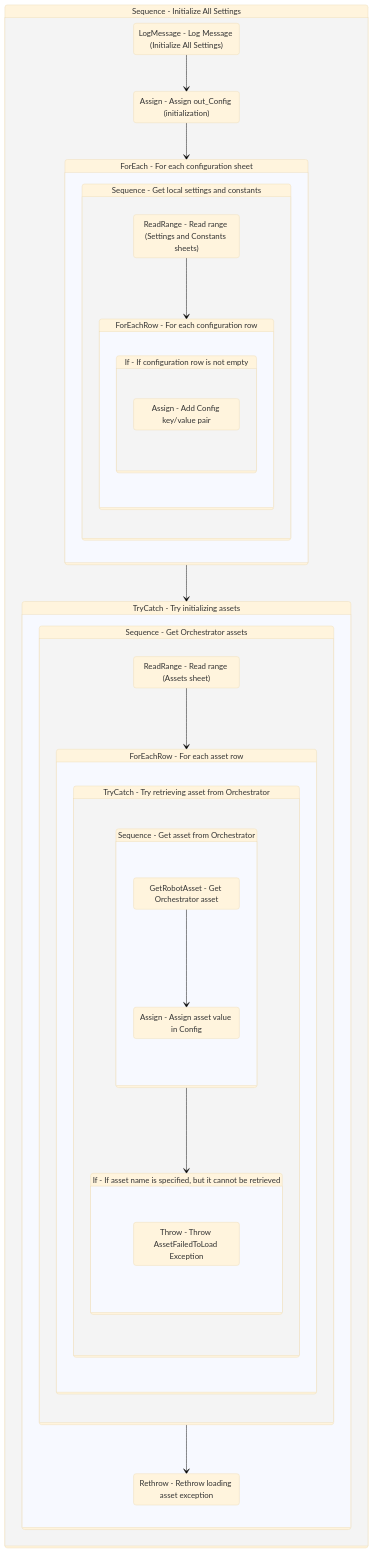
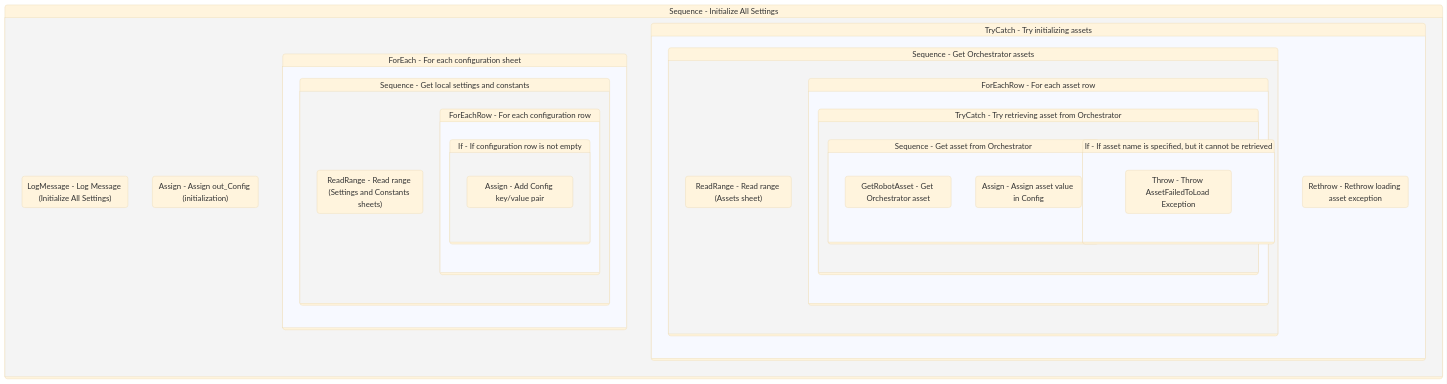
Before and after one commit to yashbrahmbhatt/LazyFramework: the diagram in Documentation/.templates/Performers/REFramework/Framework/InitAllSettings.md, drawn with Mermaid (base theme). The commit also changed 72 other files, not shown here.

````diff
--- a/Documentation/.templates/Performers/REFramework/Framework/InitAllSettings.md
+++ b/Documentation/.templates/Performers/REFramework/Framework/InitAllSettings.md
@@ -114,71 +114,68 @@
 ```mermaid
 stateDiagram-v2
 
 
 Sequence_5: Sequence - Initialize All Settings
 state Sequence_5 {
 direction TB
 LogMessage_2 : LogMessage - Log Message (Initialize All Settings)
 Assign_1 : Assign - Assign out_Config (initialization)
-LogMessage_2 --> Assign_1
-Assign_1 --> ForEach1_1
+
 ForEach1_1: ForEach - For each configuration sheet
 state ForEach1_1 {
 direction TB
 
 Sequence_2: Sequence - Get local settings and constants
 state Sequence_2 {
 direction TB
 ReadRange_1 : ReadRange - Read range (Settings and Constants sheets)
-ReadRange_1 --> ForEachRow_1
+
 ForEachRow_1: ForEachRow - For each configuration row
 state ForEachRow_1 {
 direction TB
 
 If_1: If - If configuration row is not empty
 state If_1 {
 direction TB
 Assign_2 : Assign - Add Config key/value pair
 }
 }
 }
 }
-ForEach1_1 --> TryCatch_2
+
 TryCatch_2: TryCatch - Try initializing assets
 state TryCatch_2 {
 direction TB
 
 Sequence_4: Sequence - Get Orchestrator assets
 state Sequence_4 {
 direction TB
 ReadRange_2 : ReadRange - Read range (Assets sheet)
-ReadRange_2 --> ForEachRow_2
+
 ForEachRow_2: ForEachRow - For each asset row
 state ForEachRow_2 {
 direction TB
 
 TryCatch_1: TryCatch - Try retrieving asset from Orchestrator
 state TryCatch_1 {
 direction TB
 
 Sequence_3: Sequence - Get asset from Orchestrator
 state Sequence_3 {
 direction TB
 GetRobotAsset_1 : GetRobotAsset - Get Orchestrator asset
 Assign_3 : Assign - Assign asset value in Config
-GetRobotAsset_1 --> Assign_3
 }
-Sequence_3 --> If_2
+
 If_2: If - If asset name is specified, but it cannot be retrieved
 state If_2 {
 direction TB
 Throw_1 : Throw - Throw AssetFailedToLoad Exception
 }
 }
 }
 }
 Rethrow_1 : Rethrow - Rethrow loading asset exception
-Sequence_4 --> Rethrow_1
 }
 }
 ```
````
